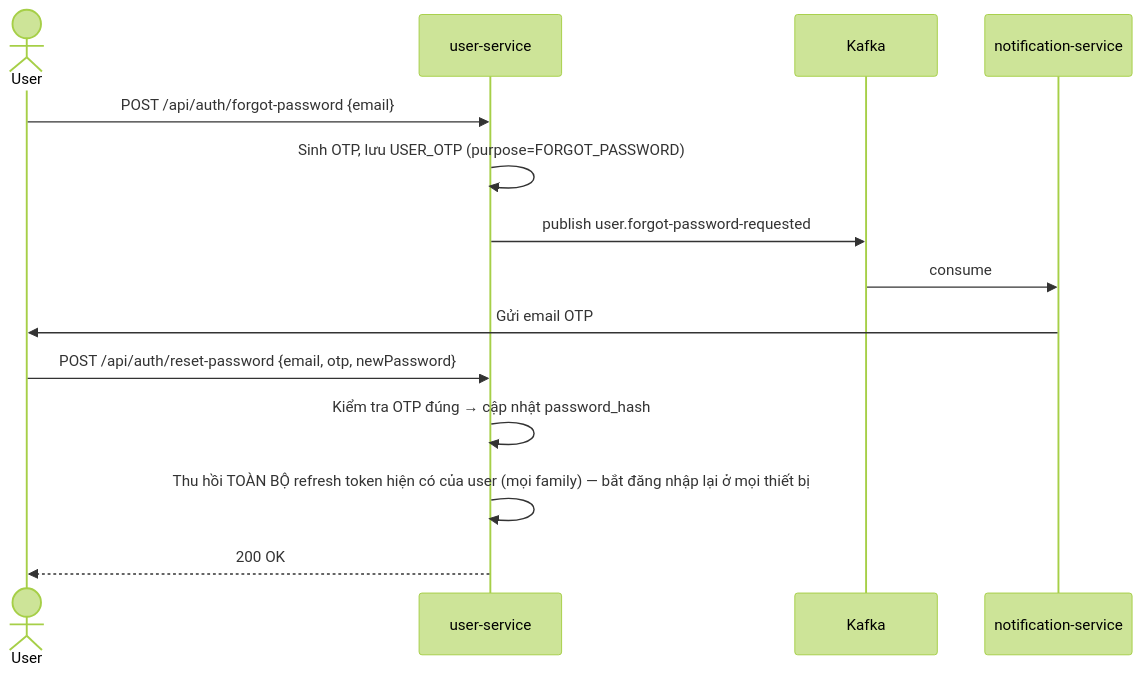
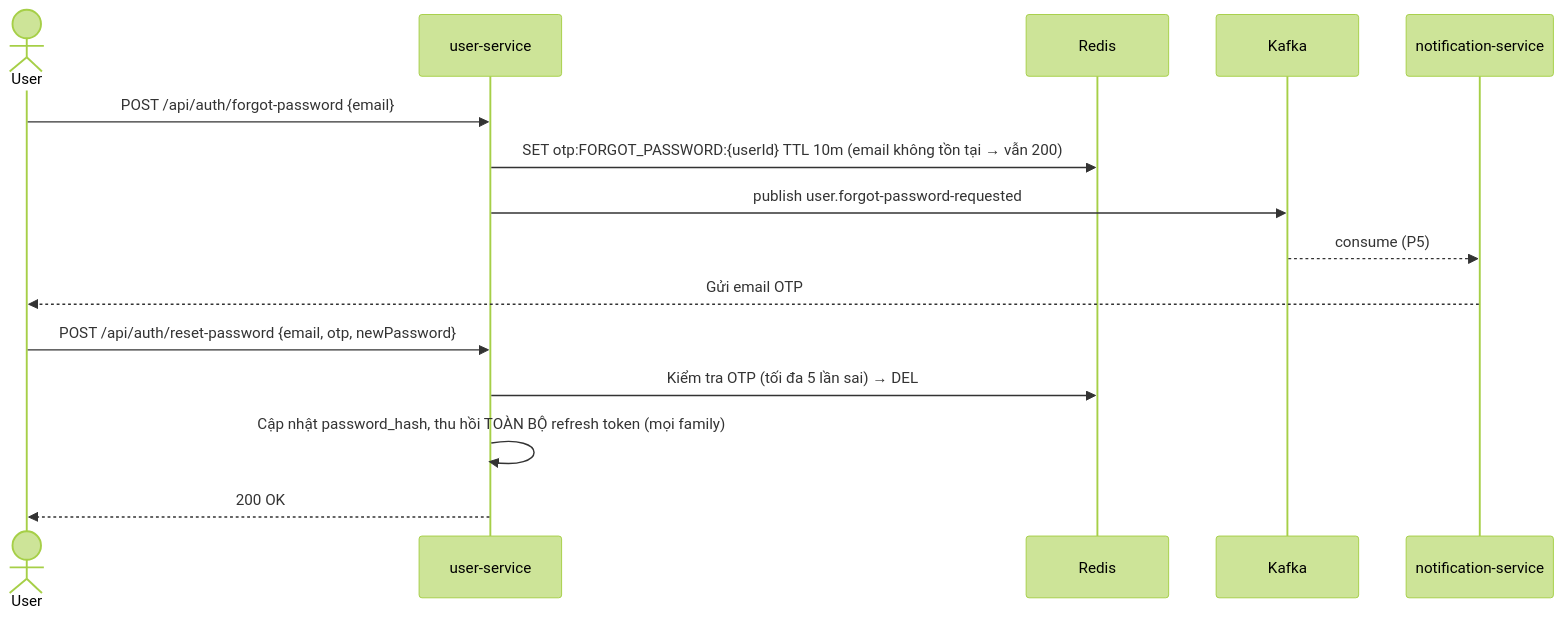
One commit to TrungLe05/vantix changed the eighth of 8 diagrams in docs/auth/P1_auth_design.md. Above: the diagram before and after it, drawn with Mermaid (forest theme). The commit also changed other lines of this file and 21 other files, not shown here.

````diff
--- a/docs/auth/P1_auth_design.md
+++ b/docs/auth/P1_auth_design.md
@@ -236,17 +247,18 @@
 ```mermaid
 sequenceDiagram
     actor U as User
     participant US as user-service
+    participant R as Redis
     participant K as Kafka
     participant N as notification-service
 
     U->>US: POST /api/auth/forgot-password {email}
-    US->>US: Sinh OTP, lưu USER_OTP (purpose=FORGOT_PASSWORD)
+    US->>R: SET otp:FORGOT_PASSWORD:{userId} TTL 10m (email không tồn tại → vẫn 200)
     US->>K: publish user.forgot-password-requested
-    K->>N: consume
-    N->>U: Gửi email OTP
+    K-->>N: consume (P5)
+    N-->>U: Gửi email OTP
     U->>US: POST /api/auth/reset-password {email, otp, newPassword}
-    US->>US: Kiểm tra OTP đúng → cập nhật password_hash
-    US->>US: Thu hồi TOÀN BỘ refresh token hiện có của user (mọi family) — bắt đăng nhập lại ở mọi thiết bị
+    US->>R: Kiểm tra OTP (tối đa 5 lần sai) → DEL
+    US->>US: Cập nhật password_hash, thu hồi TOÀN BỘ refresh token (mọi family)
     US-->>U: 200 OK
 ```
````
